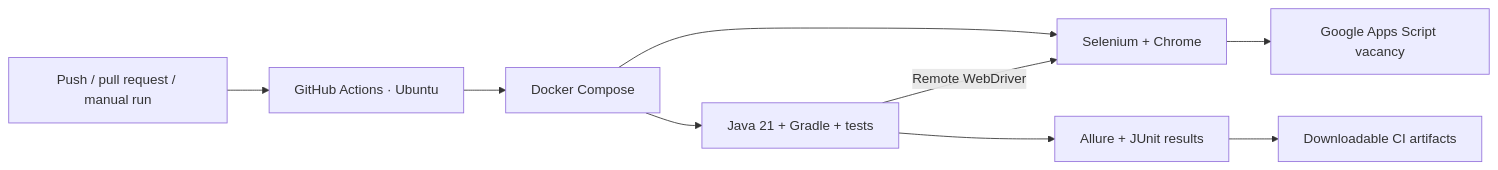
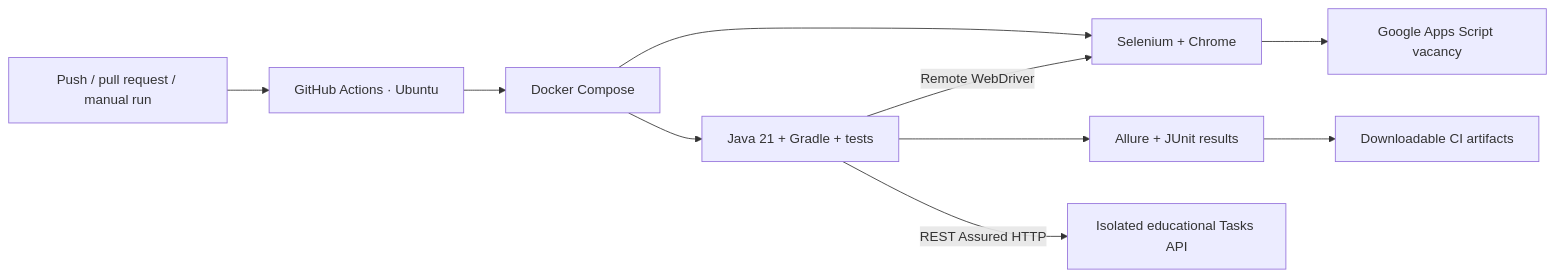
Before and after one commit to NikolayKossov/celadon-qa-ui-tests: the diagram in README.md, drawn with Mermaid. The commit also changed other lines of this file and 4 other files, not shown here.

Commit message:
Add isolated REST Assured API suite with Allure HTTP evidence

````diff
--- a/README.md
+++ b/README.md
@@ -69,11 +99,12 @@
 ```mermaid
 flowchart LR
     A[Push / pull request / manual run] --> B[GitHub Actions · Ubuntu]
     B --> C[Docker Compose]
     C --> D[Java 21 + Gradle + tests]
     C --> E[Selenium + Chrome]
     D -->|Remote WebDriver| E
     E --> F[Google Apps Script vacancy]
     D --> G[Allure + JUnit results]
+    D -->|REST Assured HTTP| I[Isolated educational Tasks API]
     G --> H[Downloadable CI artifacts]
 ```
````
